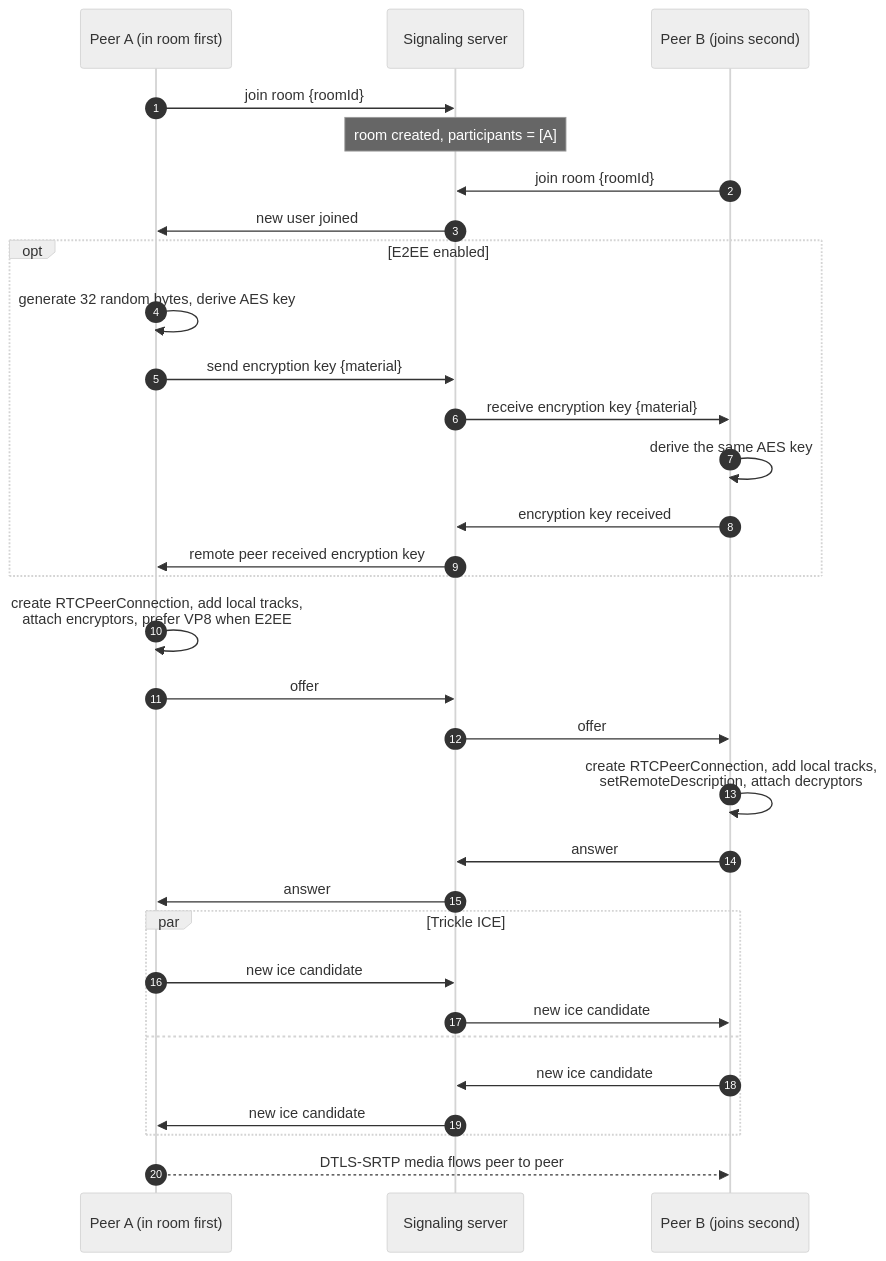
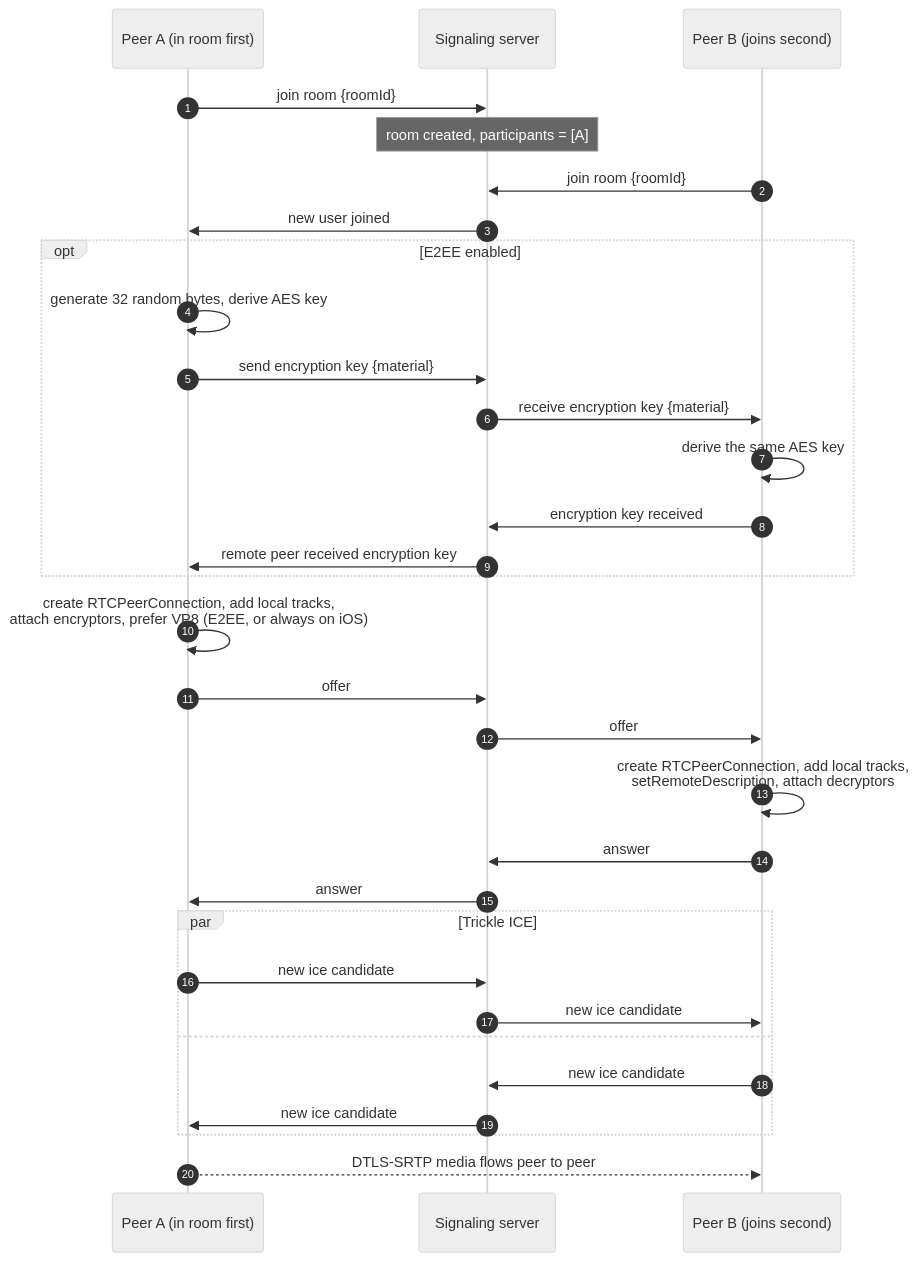
One commit to maitrungduc1410/WebRTC-Demo changed the third of 17 diagrams in ARCHITECTURE.md. Above: the diagram before and after it, drawn with Mermaid (neutral theme). The commit also changed other lines of this file and 22 other files, not shown here.

````diff
--- a/ARCHITECTURE.md
+++ b/ARCHITECTURE.md
@@ -123,38 +125,38 @@
 ```mermaid
 sequenceDiagram
     autonumber
     participant A as Peer A (in room first)
     participant S as Signaling server
     participant B as Peer B (joins second)
 
     A->>S: join room {roomId}
     Note over S: room created, participants = [A]
     B->>S: join room {roomId}
     S->>A: new user joined
 
     opt E2EE enabled
         A->>A: generate 32 random bytes, derive AES key
         A->>S: send encryption key {material}
         S->>B: receive encryption key {material}
         B->>B: derive the same AES key
         B->>S: encryption key received
         S->>A: remote peer received encryption key
     end
 
-    A->>A: create RTCPeerConnection, add local tracks,<br/>attach encryptors, prefer VP8 when E2EE
+    A->>A: create RTCPeerConnection, add local tracks,<br/>attach encryptors, prefer VP8 (E2EE, or always on iOS)
     A->>S: offer
     S->>B: offer
     B->>B: create RTCPeerConnection, add local tracks,<br/>setRemoteDescription, attach decryptors
     B->>S: answer
     S->>A: answer
 
     par Trickle ICE
         A->>S: new ice candidate
         S->>B: new ice candidate
     and
         B->>S: new ice candidate
         S->>A: new ice candidate
     end
 
     A-->>B: DTLS-SRTP media flows peer to peer
 ```
````
